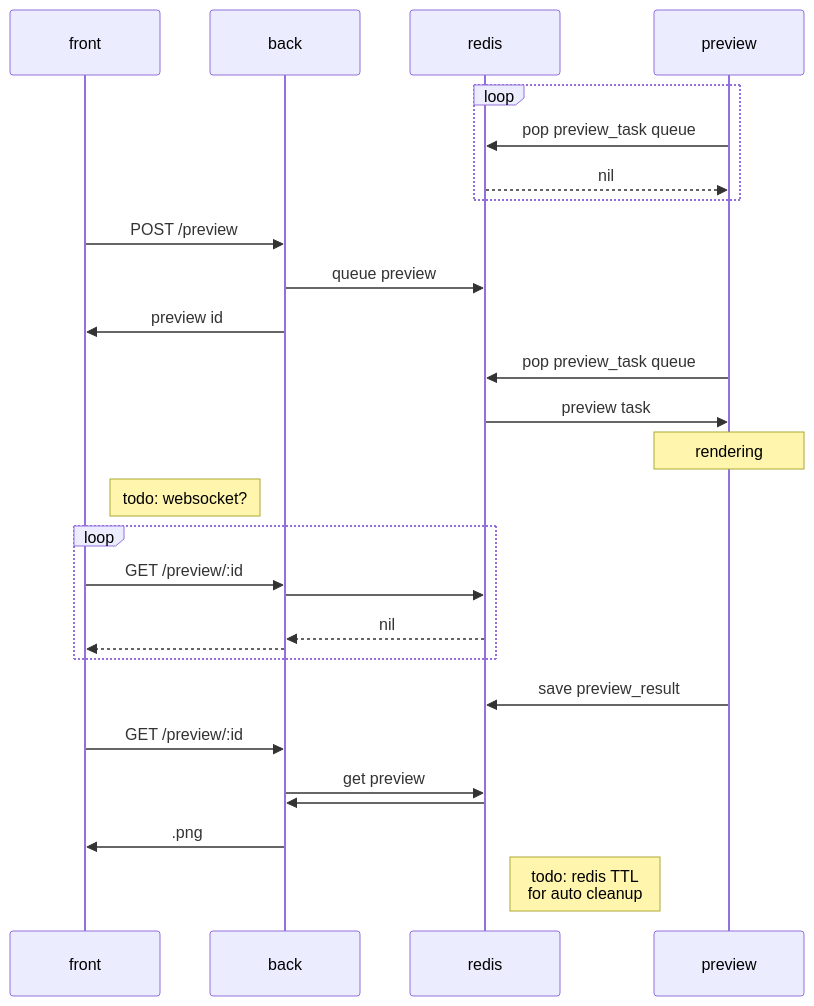
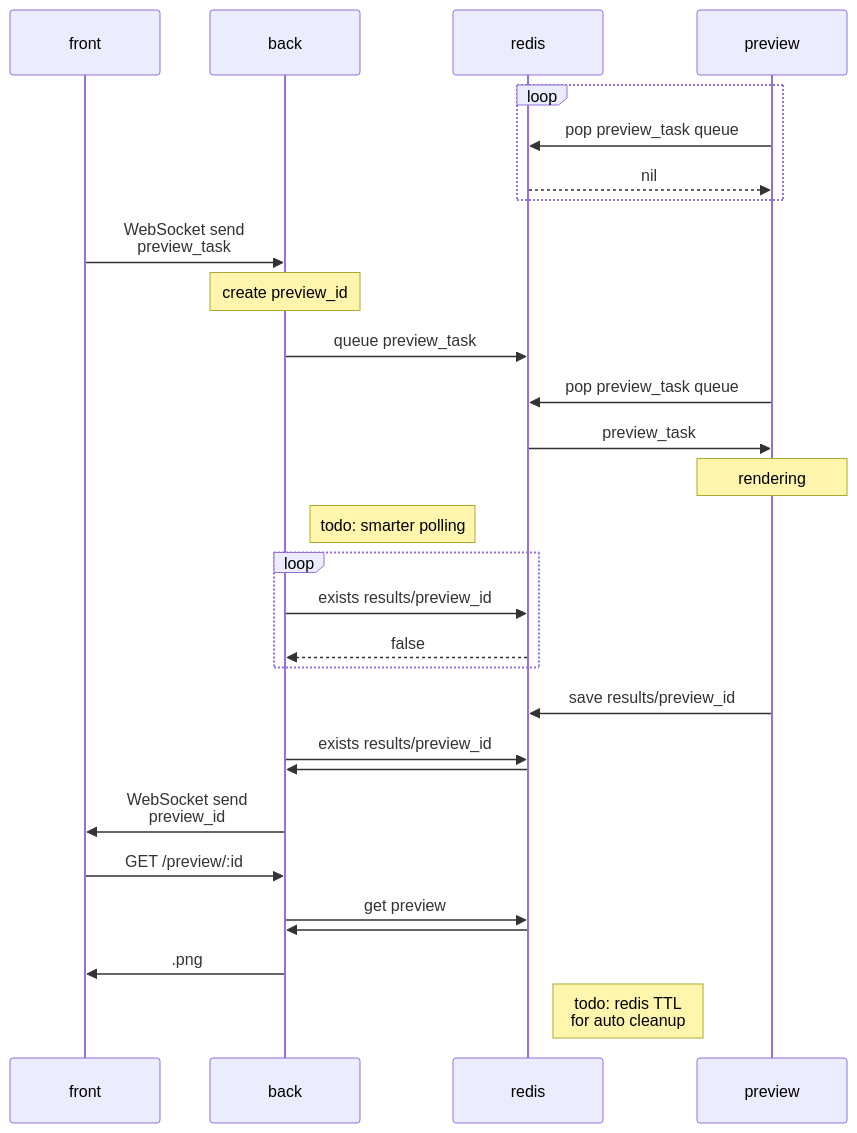
The second of 2 diagrams in README.md (Walther/clovers-service), drawn with Mermaid before and after one commit.

Commit message:
docs: update readme preview diagram

````diff
--- a/README.md
+++ b/README.md
@@ -79,30 +79,31 @@
 ```mermaid
 sequenceDiagram
     participant front
     participant back
     participant redis
     participant preview
     loop
       preview->>redis: pop preview_task queue
       redis-->>preview: nil
     end
-    front->>back: POST /preview
-    back->>redis: queue preview
-    back->>front: preview id
+    front->>back: WebSocket send <br> preview_task
+    note over back: create preview_id
+    back->>redis: queue preview_task
     preview->>redis: pop preview_task queue
-    redis->>preview: preview task
+    redis->>preview: preview_task
     note over preview: rendering
-    note right of front: todo: websocket?
+    note right of back: todo: smarter polling
     loop
-      front->>back: GET /preview/:id
-      back->>redis: ;
-      redis-->>back: nil
-      back-->>front: ;
+      back->>redis: exists results/preview_id;
+      redis-->>back: false
     end
-    preview->>redis: save preview_result
+    preview->>redis: save results/preview_id
+    back->>redis: exists results/preview_id
+    redis->>back: ;
+    back->>front: WebSocket send <br> preview_id
     front->>back: GET /preview/:id
     back->>redis: get preview
     redis->>back: ;
     back->>front: .png
     note right of redis: todo: redis TTL <br> for auto cleanup
 ```
````
